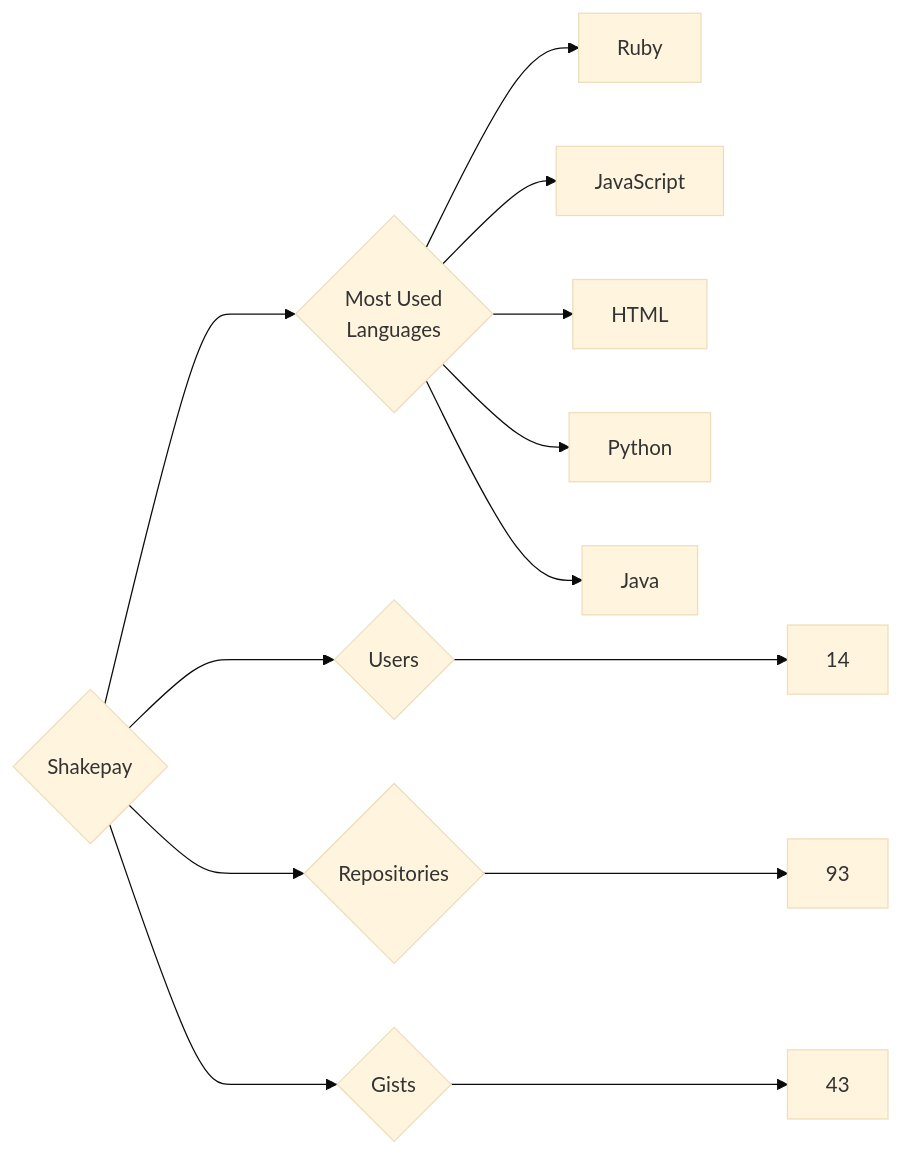
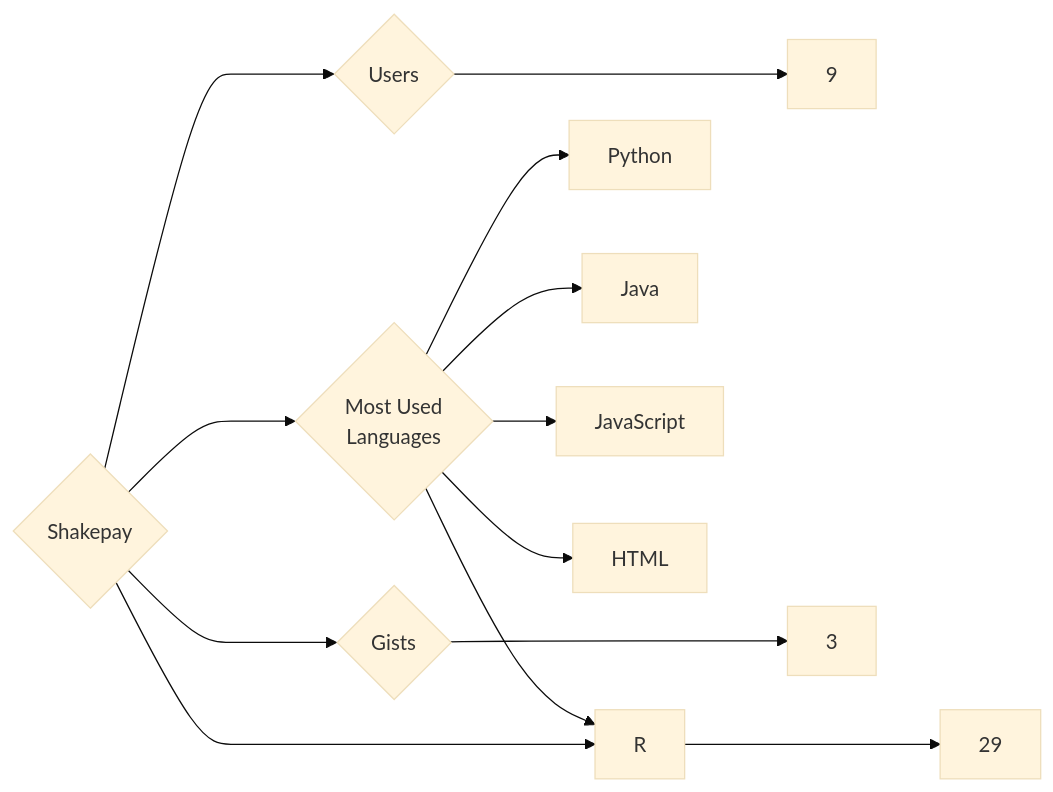
The diagram in targets/Shakepay/README.md (trickest/insiders), drawn with Mermaid (base theme) before and after one commit. The commit also changed 928 other files, not shown here.

````diff
--- a/targets/Shakepay/README.md
+++ b/targets/Shakepay/README.md
@@ -3,13 +3,13 @@
 ```mermaid
 graph LR
 COMPANY_NAME{Shakepay}
-COMPANY_NAME ---> U{Users} ---> UN[14]
-COMPANY_NAME ---> R{Repositories} ---> RN[93]
-COMPANY_NAME ---> G{Gists} ---> GN[43]
+COMPANY_NAME ---> U{Users} ---> UN[9]
+COMPANY_NAME ---> R{Repositories} ---> RN[29]
+COMPANY_NAME ---> G{Gists} ---> GN[3]
 COMPANY_NAME ---> ML{Most Used<br>Languages}
-ML --> Ruby[Ruby]
+ML --> Python[Python]
+ML --> Java[Java]
 ML --> JavaScript[JavaScript]
 ML --> HTML[HTML]
-ML --> Python[Python]
-ML --> Java[Java]
+ML --> R[R]
 ```
````
